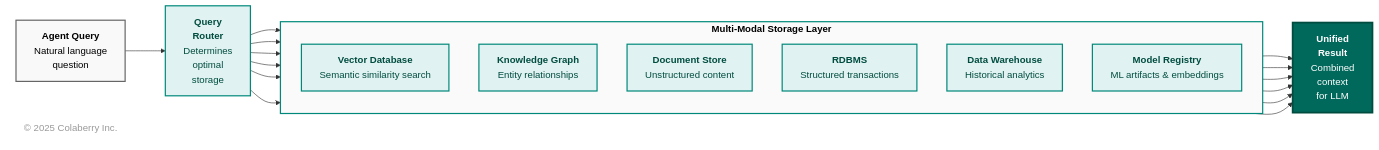
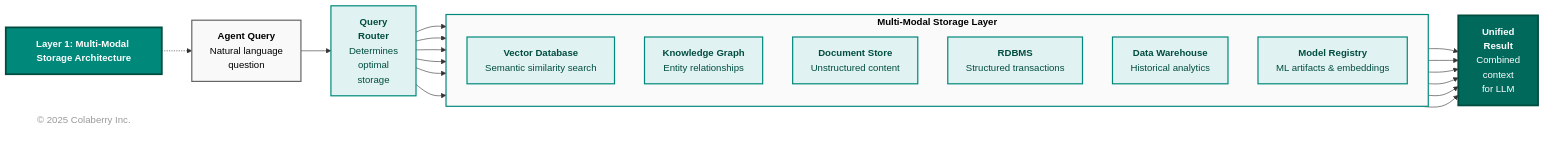
One commit to colaberry/enterprise-data-readiness-ai-agents changed the fourth of 18 diagrams in chapter-01/chapter_1_complete.md. Above: the diagram before and after it, drawn with Mermaid. The commit also changed other lines of this file, not shown here.

First line of the commit message:
chapter 1 diagrams restructured

````diff
--- a/chapter-01/chapter_1_complete.md
+++ b/chapter-01/chapter_1_complete.md
@@ -521,49 +521,53 @@
 ```mermaid
 graph LR
+    TITLE["<b>Layer 1: Multi-Modal Storage Architecture</b>"]
+    
     Q["<b>Agent Query</b><br/>Natural language<br/>question"]
     
     R["<b>Query<br/>Router</b><br/>Determines<br/>optimal<br/>storage"]
     
     subgraph storage["<b>Multi-Modal Storage Layer</b>"]
         direction TB
         V["<b>Vector Database</b><br/>Semantic similarity search"]
         K["<b>Knowledge Graph</b><br/>Entity relationships"]
         D["<b>Document Store</b><br/>Unstructured content"]
         S["<b>RDBMS</b><br/>Structured transactions"]
         W["<b>Data Warehouse</b><br/>Historical analytics"]
         M["<b>Model Registry</b><br/>ML artifacts & embeddings"]
     end
     
     U["<b>Unified<br/>Result</b><br/>Combined<br/>context<br/>for LLM"]
     
+    TITLE -.-> Q
     Q --> R
     R --> V
     R --> K
     R --> D
     R --> S
     R --> W
     R --> M
     
     V --> U
     K --> U
     D --> U
     S --> U
     W --> U
     M --> U
     
+    style TITLE fill:#00897b,color:#ffffff,stroke:#004d40,stroke-width:3px,font-size:16px
     style Q fill:#f9f9f9,stroke:#666666,stroke-width:2px,color:#000000
     style R fill:#e0f2f1,stroke:#00897b,stroke-width:2px,color:#004d40
     style storage fill:#fafafa,stroke:#00897b,stroke-width:2px,color:#000000
     style V fill:#e0f2f1,stroke:#00897b,stroke-width:2px,color:#004d40
     style K fill:#e0f2f1,stroke:#00897b,stroke-width:2px,color:#004d40
     style D fill:#e0f2f1,stroke:#00897b,stroke-width:2px,color:#004d40
     style S fill:#e0f2f1,stroke:#00897b,stroke-width:2px,color:#004d40
     style W fill:#e0f2f1,stroke:#00897b,stroke-width:2px,color:#004d40
     style M fill:#e0f2f1,stroke:#00897b,stroke-width:2px,color:#004d40
     style U fill:#00695c,color:#ffffff,stroke:#004d40,stroke-width:3px
 
     %% Copyright Notice
     CR["© 2025 Colaberry Inc."]
     style CR fill:none,stroke:none,color:#999999
 
 ```
````
